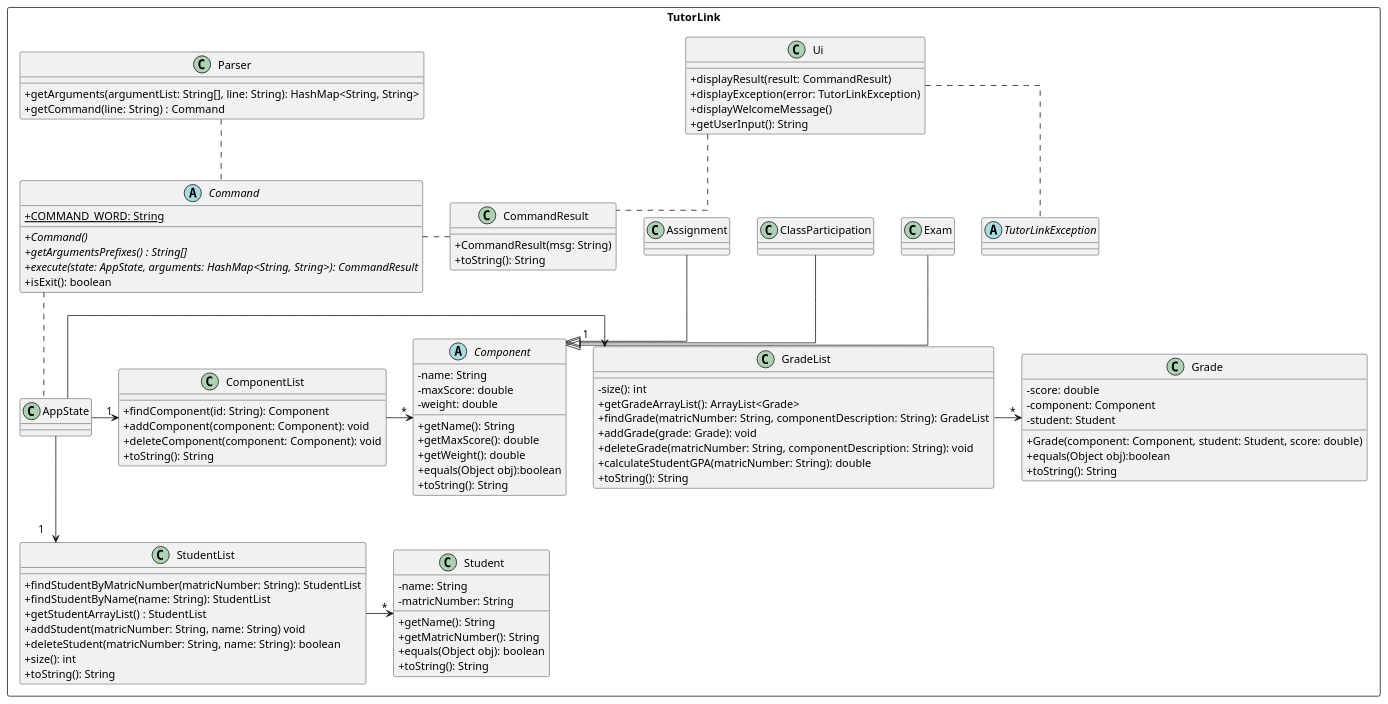
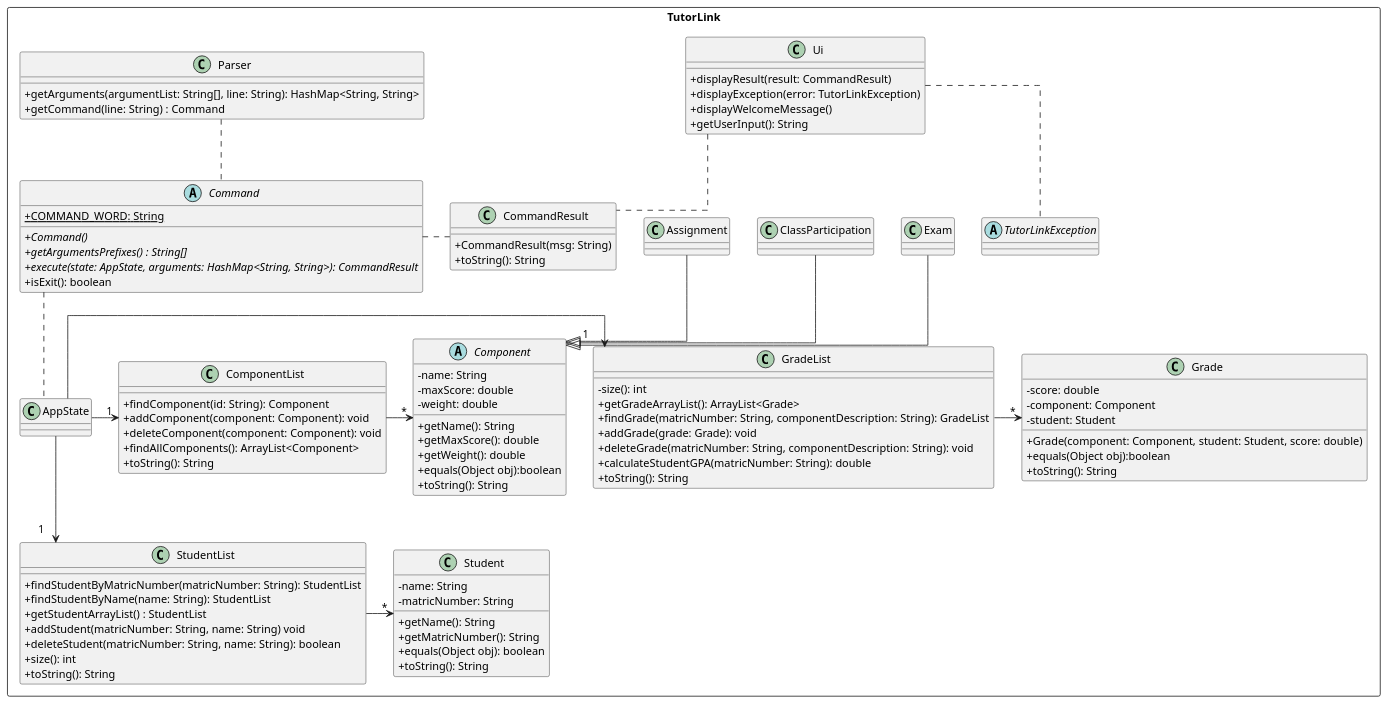
Before and after one commit to yeekian/tp: the diagram in docs/diagrams/Assets.puml, drawn with PlantUML. The commit also changed 1 other file, not shown here.

Commit message:
Add findAllComponents()

```diff
--- a/docs/diagrams/Assets.puml
+++ b/docs/diagrams/Assets.puml
@@ -1,123 +1,124 @@
 @startuml App Diagram
 
 'https://plantuml.com/class-diagram
 ' !include Style.puml
 skinparam classAttributeIconSize 0
 skinparam classMethodIconSize 0
 skinparam linetype ortho
 
 package TutorLink <<Rectangle>>{
 
 class CommandResult {
     + CommandResult(msg: String)
     + toString(): String
 }
 
 class Ui {
     + displayResult(result: CommandResult)
     + displayException(error: TutorLinkException)
     + displayWelcomeMessage()
     + getUserInput(): String
 }
 
 Ui .. CommandResult
 
 Ui .. TutorLinkException
 
 abstract class TutorLinkException
 
 abstract class Command {
     + {static}COMMAND_WORD: String
     + Command() {abstract}
     + {abstract} getArgumentsPrefixes() : String[]
     + execute(state: AppState, arguments: HashMap<String, String>): CommandResult {abstract}
     + isExit(): boolean
 }
 
 Command ..right.. CommandResult
 
 
 abstract class Component {
     - name: String
     - maxScore: double
     - weight: double
     + getName(): String
     + getMaxScore(): double
     + getWeight(): double
     + equals(Object obj):boolean
     + toString(): String
 }
 class Exam
 class ClassParticipation
 class Assignment
 
 Exam --|> Component
 ClassParticipation --|> Component
 Assignment --|> Component
 
 
 class Student{
     - name: String
     - matricNumber: String
     + getName(): String
     + getMatricNumber(): String
     + equals(Object obj): boolean
     + toString(): String
 }
 
 class Grade{
     - score: double
     - component: Component
     - student: Student
     + Grade(component: Component, student: Student, score: double)
     + equals(Object obj):boolean
     + toString(): String
 }
 
 
 class AppState
 class GradeList{
 	- size(): int
 	+ getGradeArrayList(): ArrayList<Grade>
     + findGrade(matricNumber: String, componentDescription: String): GradeList
     + addGrade(grade: Grade): void
     + deleteGrade(matricNumber: String, componentDescription: String): void
     + calculateStudentGPA(matricNumber: String): double
     + toString(): String
 }
 class StudentList {
     + findStudentByMatricNumber(matricNumber: String): StudentList
     + findStudentByName(name: String): StudentList
 	+ getStudentArrayList() : StudentList
     + addStudent(matricNumber: String, name: String) void
     + deleteStudent(matricNumber: String, name: String): boolean
     + size(): int
     + toString(): String
 }
 class ComponentList {
     + findComponent(id: String): Component
     + addComponent(component: Component): void
     + deleteComponent(component: Component): void
+    + findAllComponents(): ArrayList<Component>
     + toString(): String
 }
 
 AppState -> "1" GradeList
 AppState --> "1" StudentList
 AppState -> "1" ComponentList
 
 GradeList -> "*" Grade
 ComponentList -> "*" Component
 StudentList -> "*" Student
 
 Command .. AppState
 
 class Parser {
     + getArguments(argumentList: String[], line: String): HashMap<String, String>
     + getCommand(line: String) : Command
 }
 
 Parser .. Command
 
 }
 
 @enduml
```
